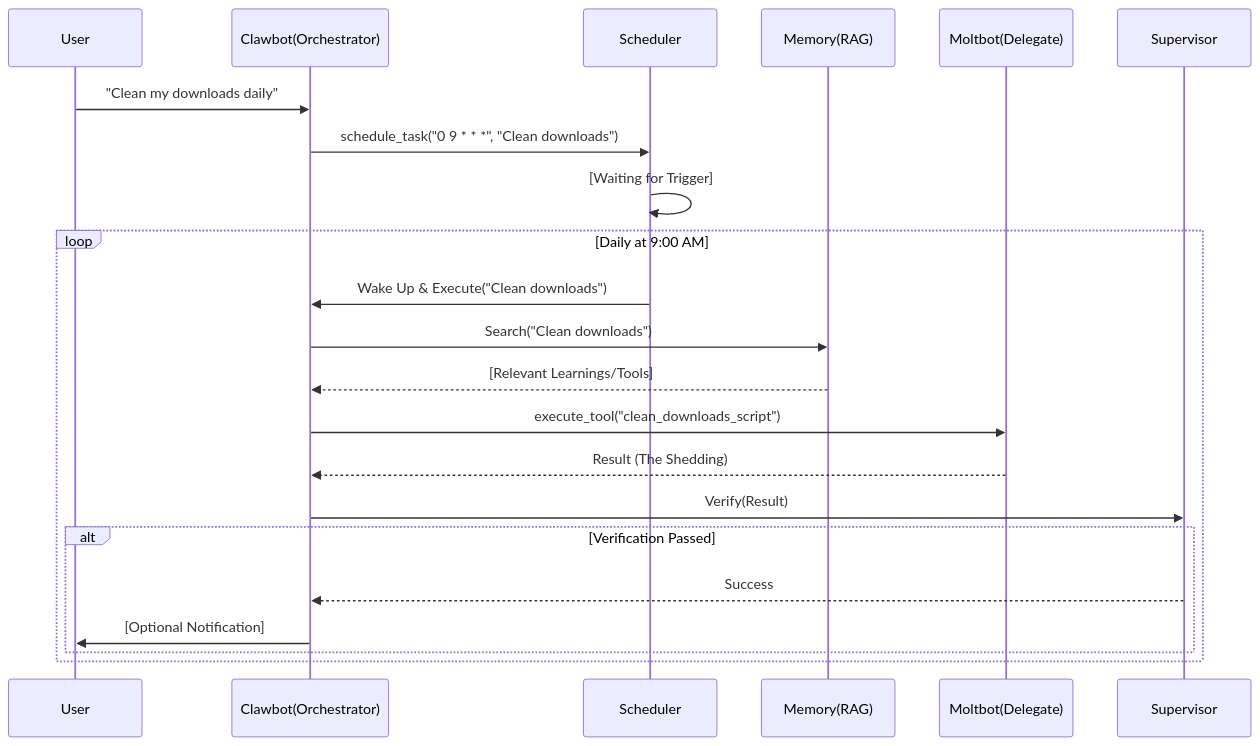
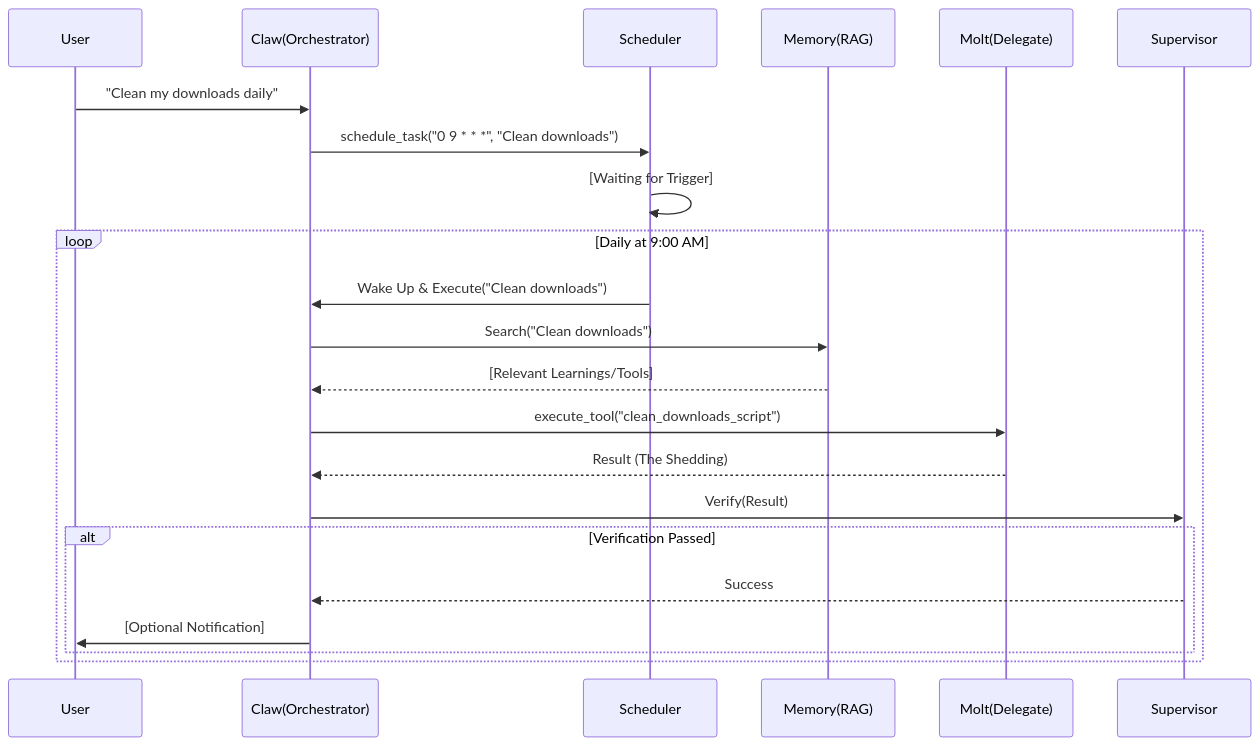
The diagram in docs/specs.md (stancsz/simple-cli), drawn with Mermaid before and after one commit. The commit also changed other lines of this file, not shown here.

Commit message:
docs(specs): Rename Clawbot/Moltbot to Claw/Molt

````diff
--- a/docs/specs.md
+++ b/docs/specs.md
@@ -46,27 +46,27 @@
 ```mermaid
 sequenceDiagram
     participant User
-    participant Clawbot(Orchestrator)
+    participant Claw(Orchestrator)
     participant Scheduler
     participant Memory(RAG)
-    participant Moltbot(Delegate)
+    participant Molt(Delegate)
     participant Supervisor
 
-    User->>Clawbot(Orchestrator): "Clean my downloads daily"
-    Clawbot(Orchestrator)->>Scheduler: schedule_task("0 9 * * *", "Clean downloads")
+    User->>Claw(Orchestrator): "Clean my downloads daily"
+    Claw(Orchestrator)->>Scheduler: schedule_task("0 9 * * *", "Clean downloads")
     Scheduler->>Scheduler: [Waiting for Trigger]
     
     loop Daily at 9:00 AM
-        Scheduler->>Clawbot(Orchestrator): Wake Up & Execute("Clean downloads")
-        Clawbot(Orchestrator)->>Memory(RAG): Search("Clean downloads")
-        Memory(RAG)-->>Clawbot(Orchestrator): [Relevant Learnings/Tools]
-        Clawbot(Orchestrator)->>Moltbot(Delegate): execute_tool("clean_downloads_script")
-        Moltbot(Delegate)-->>Clawbot(Orchestrator): Result (The Shedding)
-        Clawbot(Orchestrator)->>Supervisor: Verify(Result)
+        Scheduler->>Claw(Orchestrator): Wake Up & Execute("Clean downloads")
+        Claw(Orchestrator)->>Memory(RAG): Search("Clean downloads")
+        Memory(RAG)-->>Claw(Orchestrator): [Relevant Learnings/Tools]
+        Claw(Orchestrator)->>Molt(Delegate): execute_tool("clean_downloads_script")
+        Molt(Delegate)-->>Claw(Orchestrator): Result (The Shedding)
+        Claw(Orchestrator)->>Supervisor: Verify(Result)
         
         alt Verification Passed
-            Supervisor-->>Clawbot(Orchestrator): Success
-            Clawbot(Orchestrator)->>User: [Optional Notification]
+            Supervisor-->>Claw(Orchestrator): Success
+            Claw(Orchestrator)->>User: [Optional Notification]
         end
     end
 ```
````
